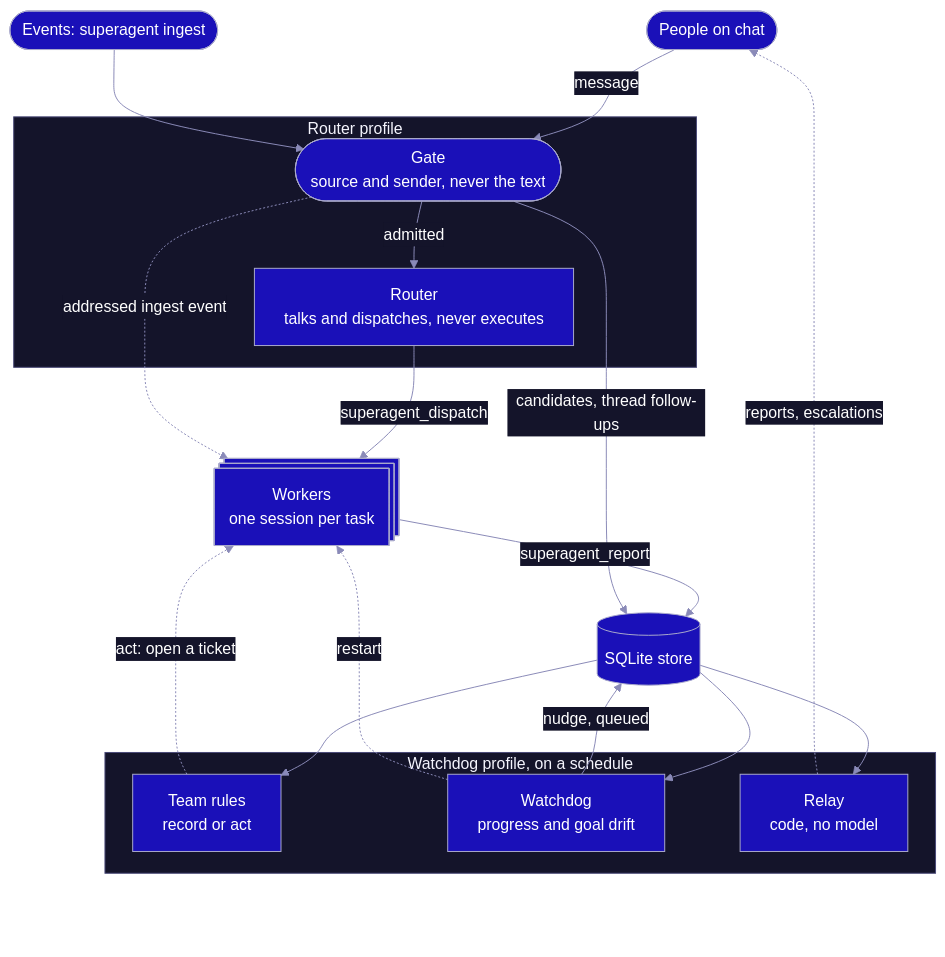
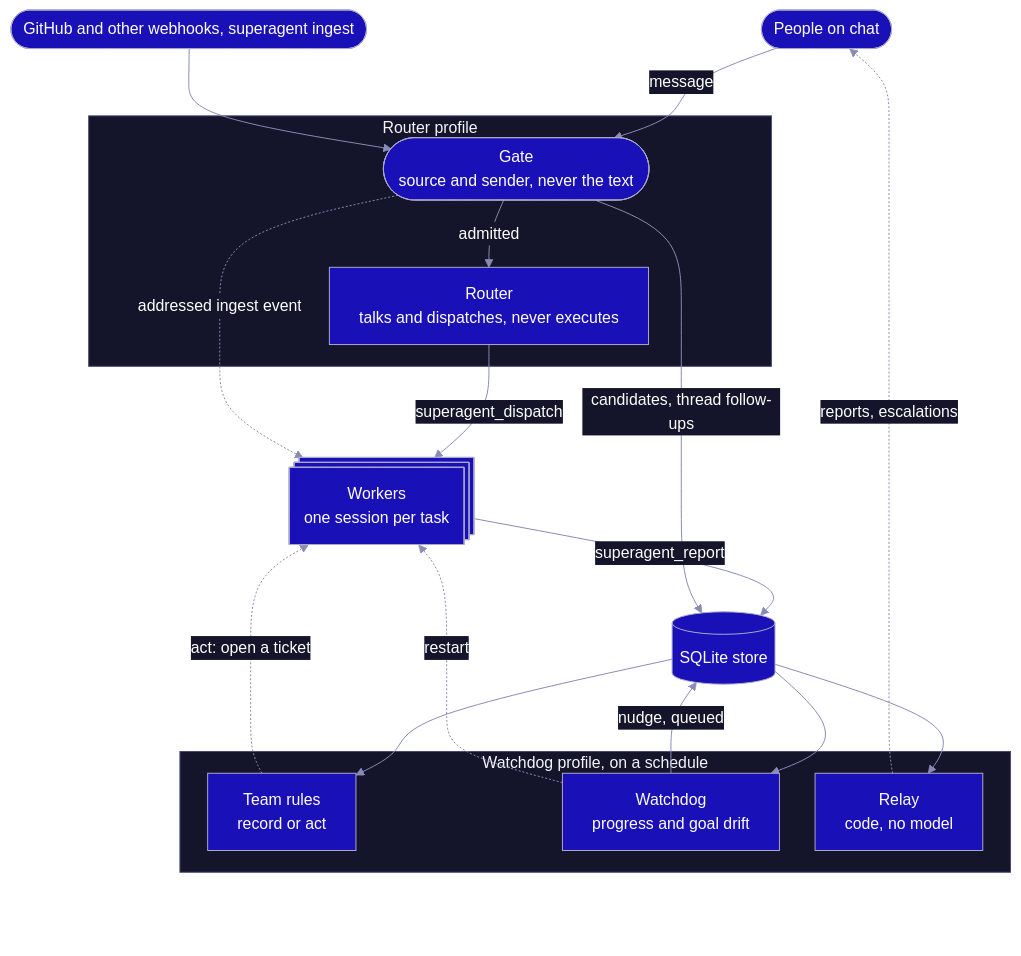
One commit to AirKyzzZ/hermes-superagent changed the first of 3 diagrams in README.md. Above: the diagram before and after it, drawn with Mermaid. The commit also changed other lines of this file and 6 other files, not shown here.

Commit message:
feat: start work from github and other webhook events

````diff
--- a/README.md
+++ b/README.md
@@ -51,39 +51,39 @@
 ```mermaid
 flowchart TB
     people(["People on chat"])
-    events(["Events: superagent ingest"])
+    events(["GitHub and other webhooks, superagent ingest"])
 
     subgraph routerProfile["Router profile"]
         gate(["Gate<br/>source and sender, never the text"])
         router["Router<br/>talks and dispatches, never executes"]
     end
 
     workers@{ shape: procs, label: "Workers<br/>one session per task" }
     store[("SQLite store")]
 
     subgraph watchdogProfile["Watchdog profile, on a schedule"]
         rules["Team rules<br/>record or act"]
         watchdog["Watchdog<br/>progress and goal drift"]
         relay["Relay<br/>code, no model"]
     end
 
     people -->|message| gate
     events --> gate
     gate -->|admitted| router
     router -->|superagent_dispatch| workers
     workers -->|superagent_report| store
     gate -->|"candidates, thread follow-ups"| store
     gate -.->|"addressed ingest event"| workers
     store --> rules
     store --> watchdog
     store --> relay
     rules -.->|"act: open a ticket"| workers
     watchdog -->|"nudge, queued"| store
     watchdog -.->|restart| workers
     relay -.->|"reports, escalations"| people
 
     relay ~~~ controlsClearance[" "]
     classDef invisible fill:none,stroke:none
     class controlsClearance invisible
 %%{init: {"theme":"base","layout":"dagre","flowchart":{"wrappingWidth":420,"nodeSpacing":36,"rankSpacing":44},"themeVariables":{"primaryColor":"#1a10b8","primaryTextColor":"#ffffff","primaryBorderColor":"#a9a9cc","lineColor":"#8a8ab8","textColor":"#ffffff","clusterBkg":"#14142a","clusterBorder":"#4a4a78","titleColor":"#f4f4fd","edgeLabelBackground":"#14142a"}}}%%
 ```
````
